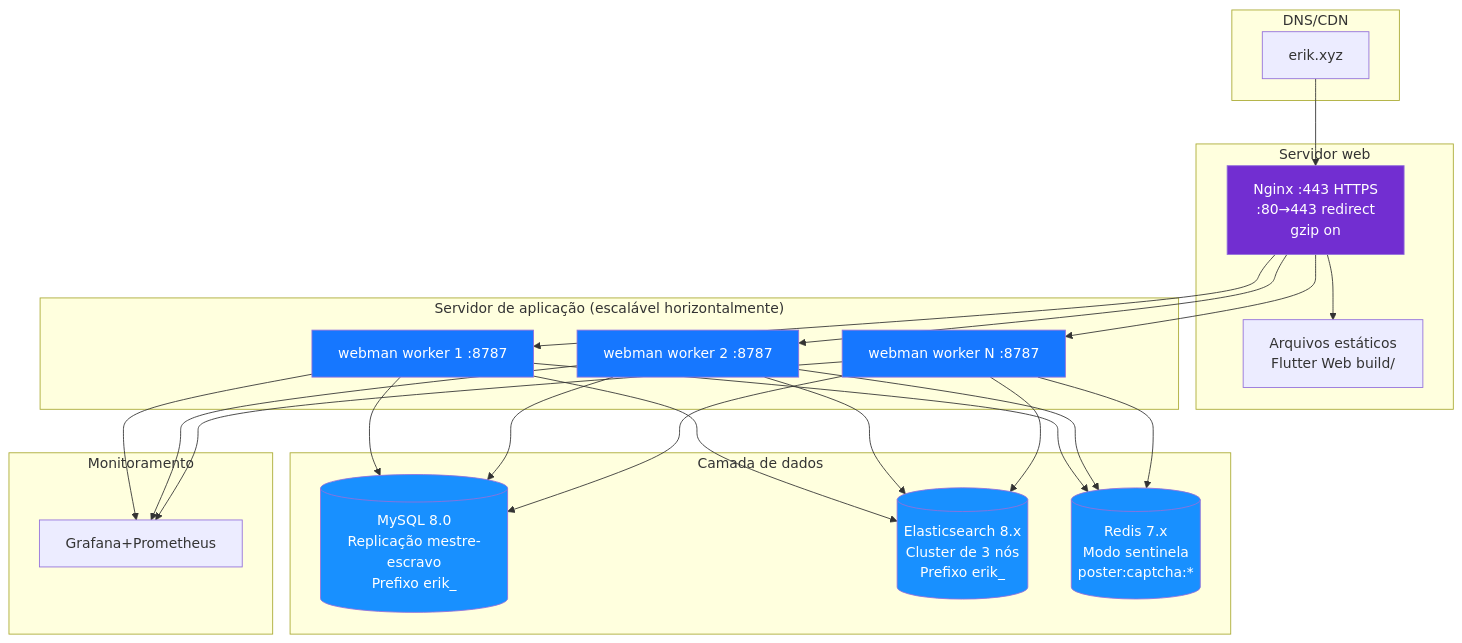
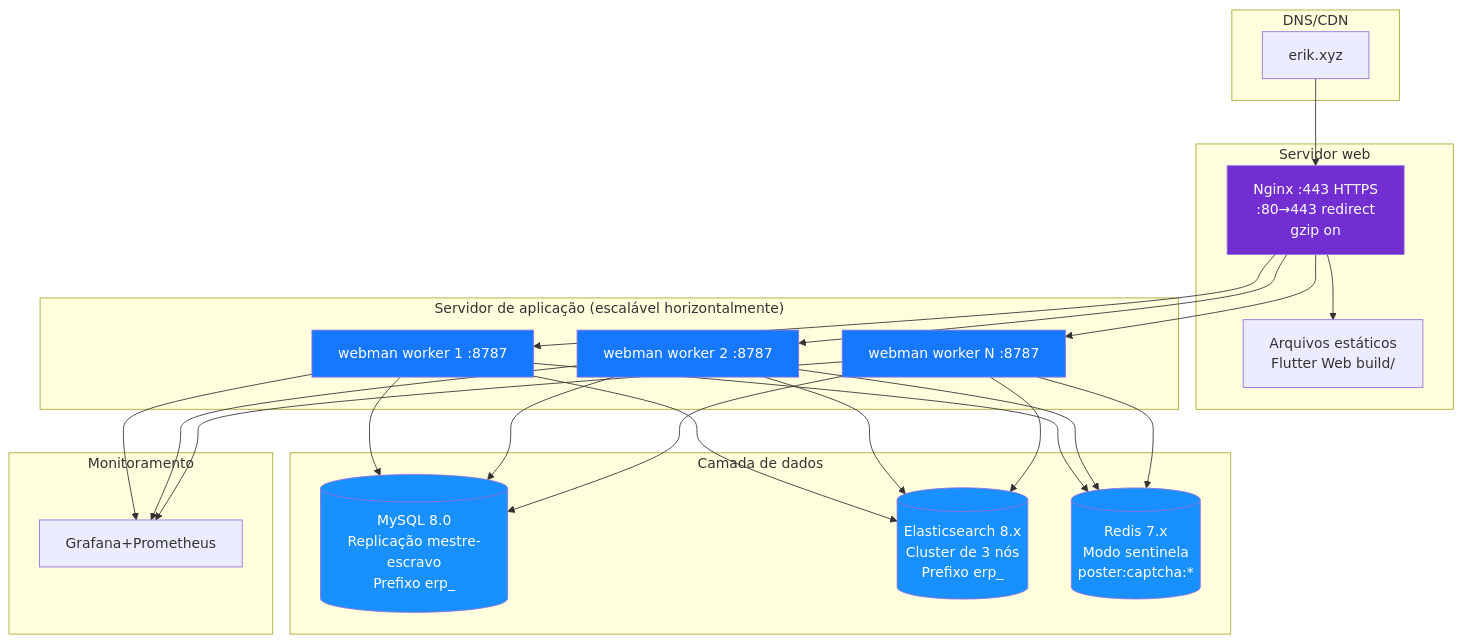
The diagram in docs/i18n/pt/diagrams/12-deployment.md (erikwang2013/erp-php), drawn with Mermaid before and after one commit. The commit also changed 449 other files, not shown here.

First line of the commit message:
全局命名统一：数据库 erp、表前缀 erp_、Redis 前缀 erp:（原 erik_/open_admin）

````diff
--- a/docs/i18n/pt/diagrams/12-deployment.md
+++ b/docs/i18n/pt/diagrams/12-deployment.md
@@ -3,45 +3,45 @@
 ```mermaid
 flowchart TB
     subgraph dns["DNS/CDN"]
         domain["erik.xyz"]
     end
 
     subgraph web["Servidor web"]
         nginx["Nginx :443 HTTPS<br/>:80→443 redirect<br/>gzip on"]
         static["Arquivos estáticos<br/>Flutter Web build/"]
     end
 
     subgraph app["Servidor de aplicação (escalável horizontalmente)"]
         wm1["webman worker 1 :8787"]
         wm2["webman worker 2 :8787"]
         wm3["webman worker N :8787"]
     end
 
     subgraph data["Camada de dados"]
-        mysql[("MySQL 8.0<br/>Replicação mestre-escravo<br/>Prefixo erik_")]
-        es[("Elasticsearch 8.x<br/>Cluster de 3 nós<br/>Prefixo erik_")]
+        mysql[("MySQL 8.0<br/>Replicação mestre-escravo<br/>Prefixo erp_")]
+        es[("Elasticsearch 8.x<br/>Cluster de 3 nós<br/>Prefixo erp_")]
         redis[("Redis 7.x<br/>Modo sentinela<br/>poster:captcha:*")]
     end
 
     subgraph monitor["Monitoramento"]
         grafana["Grafana+Prometheus"]
     end
 
     domain --> nginx
     nginx --> static
     nginx --> wm1
     nginx --> wm2
     nginx --> wm3
     wm1 & wm2 & wm3 --> mysql
     wm1 & wm2 & wm3 --> es
     wm1 & wm2 & wm3 --> redis
     wm1 & wm2 & wm3 --> grafana
 
     style nginx fill:#722ED1,color:#fff
     style wm1 fill:#1677FF,color:#fff
     style wm2 fill:#1677FF,color:#fff
     style wm3 fill:#1677FF,color:#fff
     style mysql fill:#1890FF,color:#fff
     style es fill:#1890FF,color:#fff
     style redis fill:#1890FF,color:#fff
 ```
````
